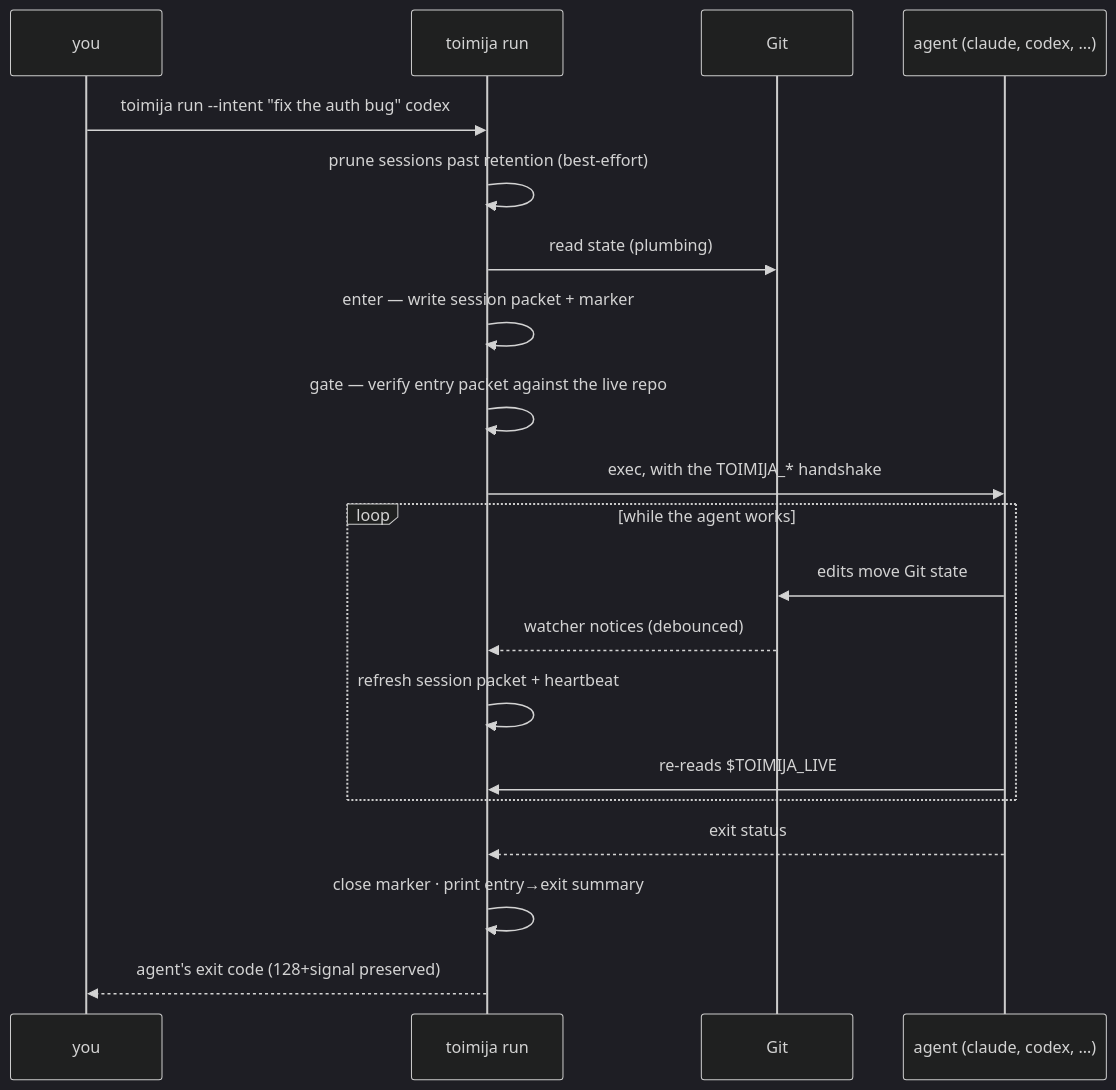
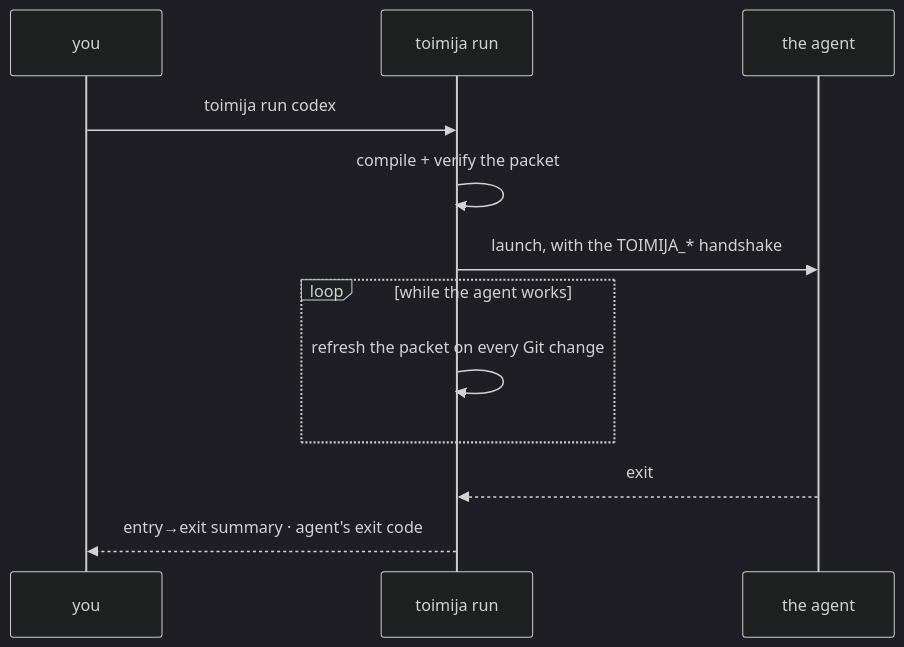
The second of 4 diagrams in README.md (false-systems/toimija), drawn with Mermaid (dark theme) before and after one commit. The commit also changed other lines of this file, not shown here.

First line of the commit message:
docs: simplify the mermaid diagrams — one point each, details stay in prose (#103)

````diff
--- a/README.md
+++ b/README.md
@@ -152,23 +136,15 @@
 ```mermaid
 sequenceDiagram
     participant Y as you
     participant T as toimija run
-    participant G as Git
-    participant A as agent (claude, codex, …)
+    participant A as the agent
 
-    Y->>T: toimija run --intent "fix the auth bug" codex
-    T->>T: prune sessions past retention (best-effort)
-    T->>G: read state (plumbing)
-    T->>T: enter — write session packet + marker
-    T->>T: gate — verify entry packet against the live repo
-    T->>A: exec, with the TOIMIJA_* handshake
+    Y->>T: toimija run codex
+    T->>T: compile + verify the packet
+    T->>A: launch, with the TOIMIJA_* handshake
     loop while the agent works
-        A->>G: edits move Git state
-        G-->>T: watcher notices (debounced)
-        T->>T: refresh session packet + heartbeat
-        A->>T: re-reads $TOIMIJA_LIVE
+        T->>T: refresh the packet on every Git change
     end
-    A-->>T: exit status
-    T->>T: close marker · print entry→exit summary
-    T-->>Y: agent's exit code (128+signal preserved)
+    A-->>T: exit
+    T-->>Y: entry→exit summary · agent's exit code
 ```
````
